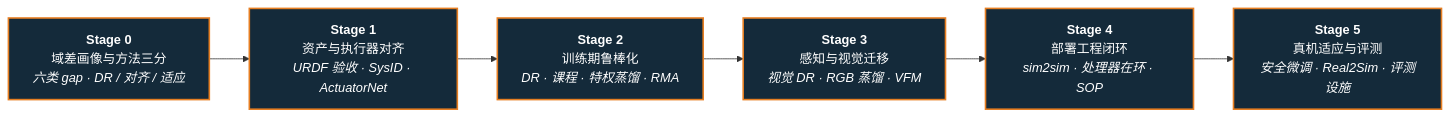
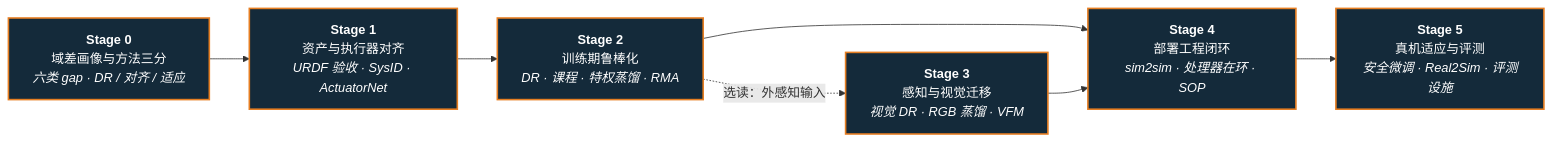
Before and after one commit to ImChong/Robotics_Notebooks: the diagram in roadmap/depth-sim2real.md, drawn with Mermaid. The commit also changed other lines of this file and 11 other files, not shown here.

Commit message:
docs(roadmap): 修正全路线先修关系与控制概念边界

````diff
--- a/roadmap/depth-sim2real.md
+++ b/roadmap/depth-sim2real.md
@@ -11,14 +11,16 @@
 ```mermaid
 flowchart LR
   S0["<b>Stage 0</b><br/>域差画像与方法三分<br/><em>六类 gap · DR / 对齐 / 适应</em>"]
   S1["<b>Stage 1</b><br/>资产与执行器对齐<br/><em>URDF 验收 · SysID · ActuatorNet</em>"]
   S2["<b>Stage 2</b><br/>训练期鲁棒化<br/><em>DR · 课程 · 特权蒸馏 · RMA</em>"]
   S3["<b>Stage 3</b><br/>感知与视觉迁移<br/><em>视觉 DR · RGB 蒸馏 · VFM</em>"]
   S4["<b>Stage 4</b><br/>部署工程闭环<br/><em>sim2sim · 处理器在环 · SOP</em>"]
   S5["<b>Stage 5</b><br/>真机适应与评测<br/><em>安全微调 · Real2Sim · 评测设施</em>"]
 
-  S0 --> S1 --> S2 --> S3 --> S4 --> S5
+  S0 --> S1 --> S2 --> S4 --> S5
+  S2 -. "选读：外感知输入" .-> S3
+  S3 --> S4
 
   classDef stage fill:#142a3a,stroke:#e67e22,stroke-width:2px,color:#fff
   class S0,S1,S2,S3,S4,S5 stage
 ```
````
